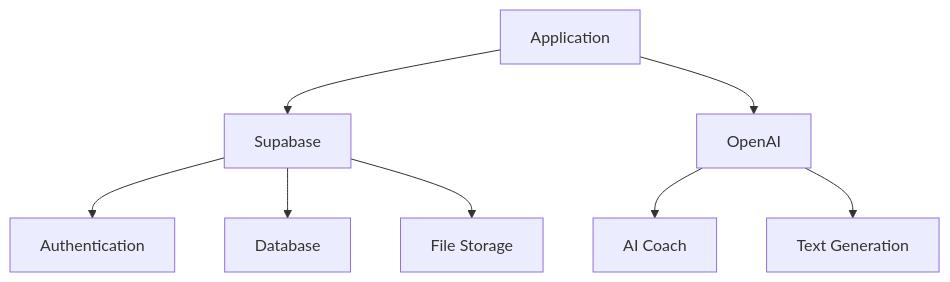
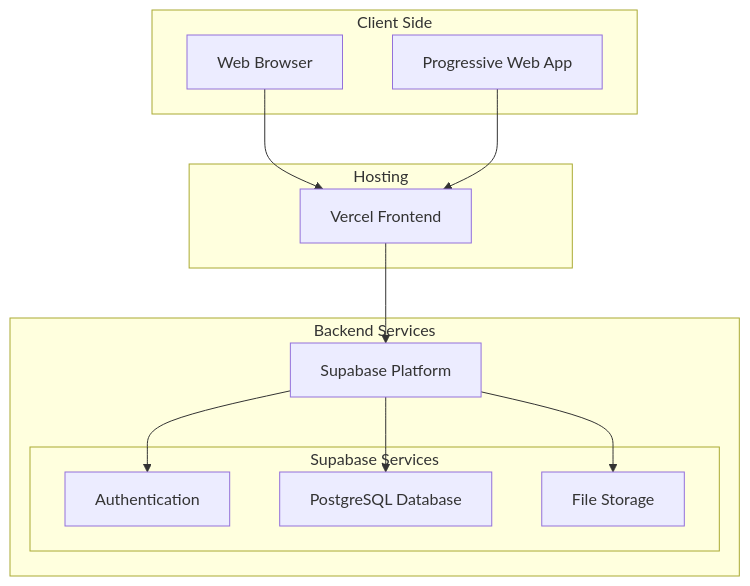
The ninth of 13 diagrams in docs/ARCHITECTURE.md (huyqduong/faceyoga-progress-tracker-app), drawn with Mermaid before and after one commit. The commit also changed other lines of this file, not shown here.

Commit message:
updated architecture doc

````diff
--- a/docs/ARCHITECTURE.md
+++ b/docs/ARCHITECTURE.md
@@ -292,12 +214,27 @@
 ```mermaid
-graph TD
-    App[Application] --> Supabase[Supabase]
-    App --> OpenAI[OpenAI]
-    
-    Supabase --> Auth[Authentication]
-    Supabase --> DB[Database]
-    Supabase --> Storage[File Storage]
-    
-    OpenAI --> Assistant[AI Coach]
-    OpenAI --> Completion[Text Generation]
+graph TB
+    subgraph "Client Side"
+        Browser[Web Browser]
+        PWA[Progressive Web App]
+    end
+
+    subgraph "Hosting"
+        Vercel[Vercel Frontend]
+    end
+
+    subgraph "Backend Services"
+        Supabase[Supabase Platform]
+        subgraph "Supabase Services"
+            Auth[Authentication]
+            DB[PostgreSQL Database]
+            Storage[File Storage]
+        end
+    end
+
+    Browser --> Vercel
+    PWA --> Vercel
+    Vercel --> Supabase
+    Supabase --> Auth
+    Supabase --> DB
+    Supabase --> Storage
 ```
````
